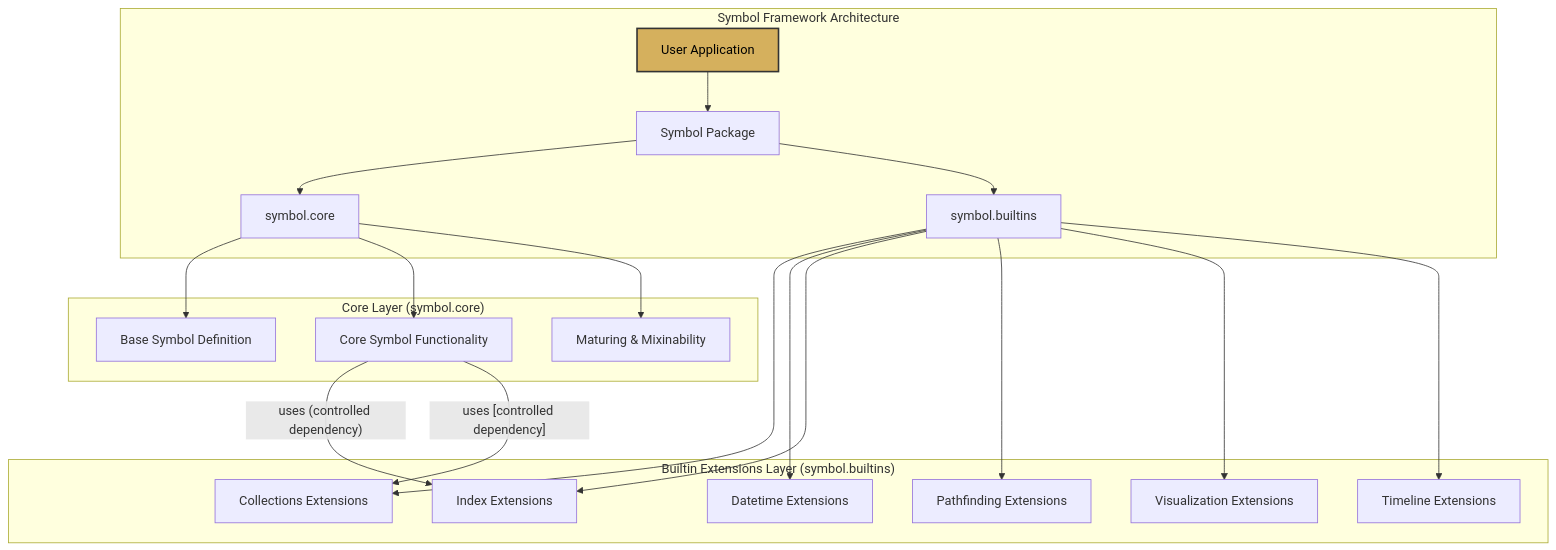
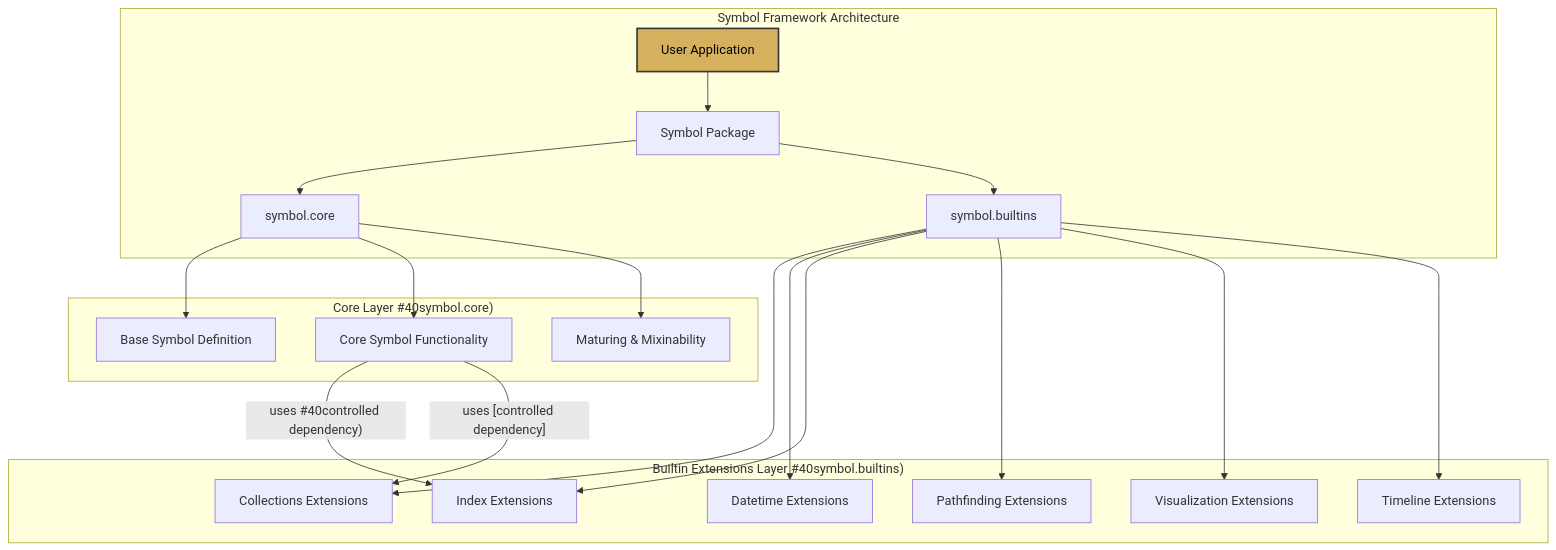
The diagram in docs/readme_details/3_layered_architecture/layered_architecture_tb.mmd (ikko/sym), drawn with Mermaid before and after one commit. The commit also changed 38 other files, not shown here.

Commit message:
mermaids maybe fixed

```diff
--- a/docs/readme_details/3_layered_architecture/layered_architecture_tb.mmd
+++ b/docs/readme_details/3_layered_architecture/layered_architecture_tb.mmd
@@ -1,28 +1,28 @@
 graph TB
     subgraph "Symbol Framework Architecture"
         A[User Application] --> B[Symbol Package];
         B --> C[symbol.core];
         B --> D[symbol.builtins];
     end
 
-    subgraph "Core Layer #40;symbol.core#41;"
+    subgraph "Core Layer #40symbol.core#41;"
         C --> C1[Base Symbol Definition];
         C --> C2[Core Symbol Functionality];
         C --> C3[Maturing & Mixinability];
     end
 
-    subgraph "Builtin Extensions Layer #40;symbol.builtins#41;"
+    subgraph "Builtin Extensions Layer #40symbol.builtins#41;"
         D --> D1[Collections Extensions];
         D --> D2[Datetime Extensions];
         D --> D3[Index Extensions];
         D --> D4[Pathfinding Extensions];
         D --> D5[Visualization Extensions];
         D --> D6[Timeline Extensions];
     end
 
-    C2 -- "uses #40;controlled dependency#41;" --> D3;
+    C2 -- "uses #40controlled dependency#41;" --> D3;
     C2 -- "uses [controlled dependency]" --> D1;
 
     style A fill:#d5b05d,stroke:#333,stroke-width:2px,color:#000000;
 
     style A fill:#d5b05d,stroke:#333,stroke-width:2px,color:#000000;
```
